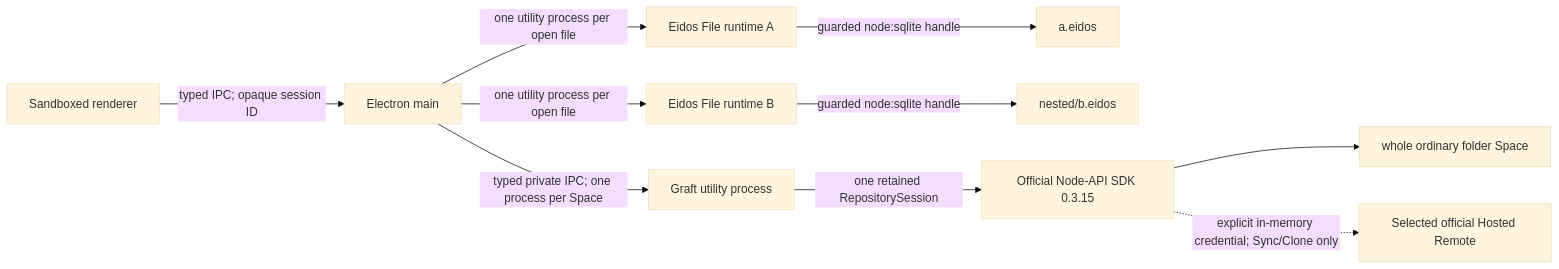
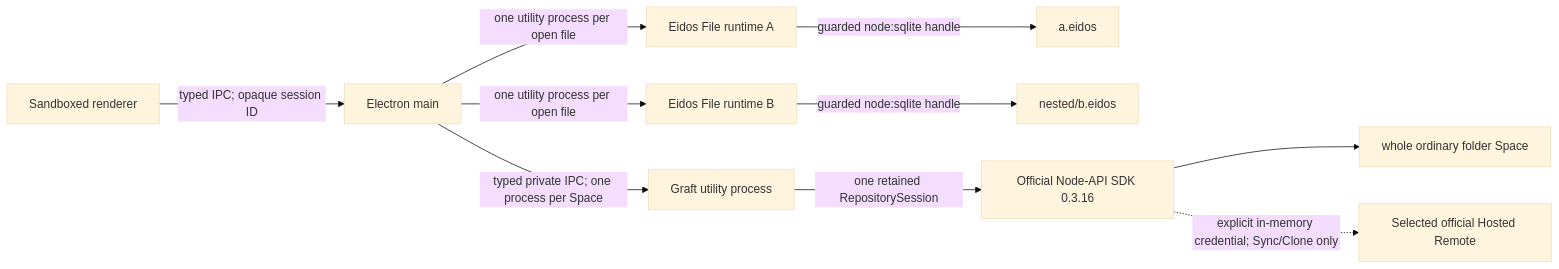
Before and after one commit to mayneyao/eidos: the first of 3 diagrams in apps/eidos-lite-desktop/docs/ARCHITECTURE.md, drawn with Mermaid (base theme). The commit also changed other lines of this file and 11 other files, not shown here.

````diff
--- a/apps/eidos-lite-desktop/docs/ARCHITECTURE.md
+++ b/apps/eidos-lite-desktop/docs/ARCHITECTURE.md
@@ -58,12 +58,12 @@
 ```mermaid
 flowchart LR
   R["Sandboxed renderer"] -->|"typed IPC; opaque session ID"| M["Electron main"]
   M -->|"one utility process per open file"| F1["Eidos File runtime A"]
   M -->|"one utility process per open file"| F2["Eidos File runtime B"]
   F1 -->|"guarded node:sqlite handle"| E1["a.eidos"]
   F2 -->|"guarded node:sqlite handle"| E2["nested/b.eidos"]
   M -->|"typed private IPC; one process per Space"| G["Graft utility process"]
-  G -->|"one retained RepositorySession"| N["Official Node-API SDK 0.3.15"]
+  G -->|"one retained RepositorySession"| N["Official Node-API SDK 0.3.16"]
   N --> S["whole ordinary folder Space"]
   N -. "explicit in-memory credential; Sync/Clone only" .-> H["Selected official Hosted Remote"]
 ```
````
